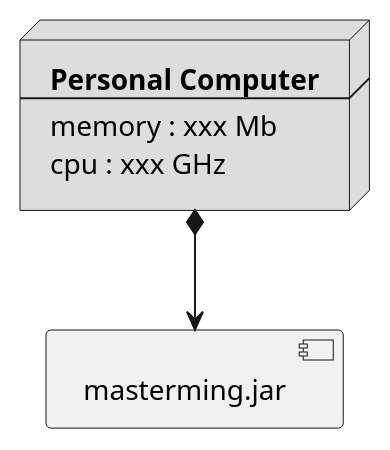
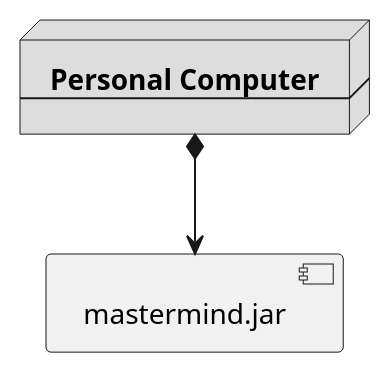
One commit to SantaTecla-mastermind/solution.java.swing.socket.sql changed the second of 2 diagrams in modelViewPresenter/presentationModel/withFacade/docs/diagrams/src/vistas.plantuml. Above: the diagram before and after it, drawn with PlantUML. The commit also changed 9 other files, not shown here.

Commit message:
Diagrams MVP WithFacade finished

```diff
--- a/modelViewPresenter/presentationModel/withFacade/docs/diagrams/src/vistas.plantuml
+++ b/modelViewPresenter/presentationModel/withFacade/docs/diagrams/src/vistas.plantuml
@@ -43,12 +43,10 @@
 @startuml despliegue_fisica
 node node #DDDDDD [
 <b>Personal Computer</b>
 ----
-memory : xxx Mb
-cpu : xxx GHz
 ]
 
-[ masterming.jar ] as component
+[ mastermind.jar ] as component
 
 node *--> component
 @enduml
```
